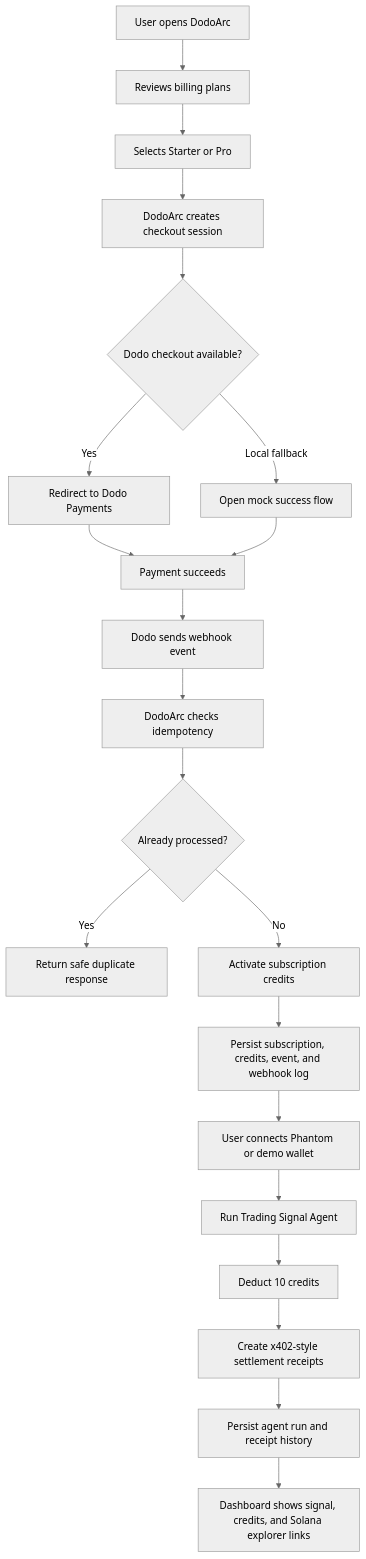
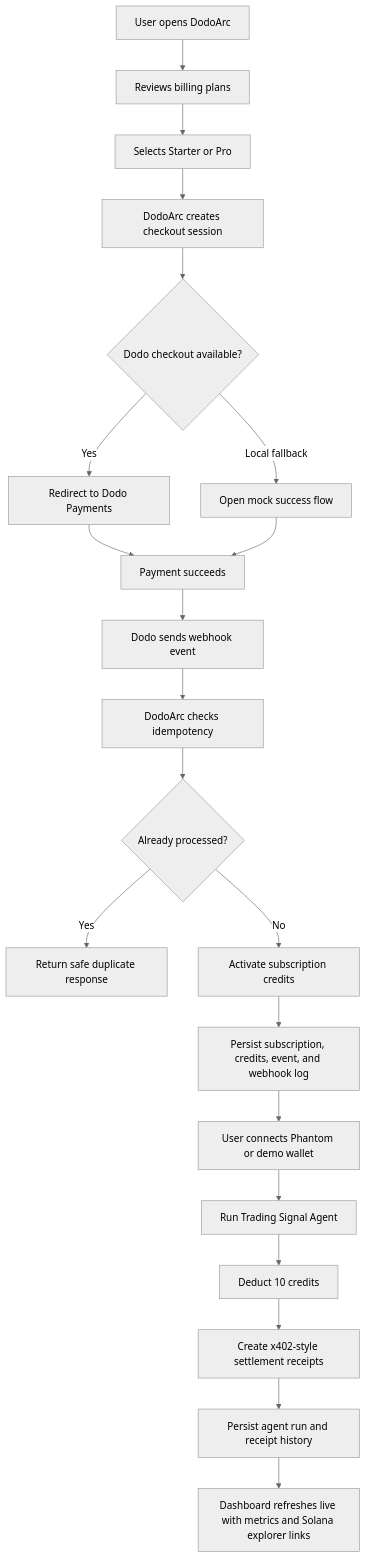
The second of 4 diagrams in README.md (ShivamSoni20/DodoArc), drawn with Mermaid (neutral theme) before and after one commit. The commit also changed other lines of this file, not shown here.

````diff
--- a/README.md
+++ b/README.md
@@ -124,23 +148,23 @@
 ```mermaid
 flowchart TD
     A["User opens DodoArc"] --> B["Reviews billing plans"]
     B --> C["Selects Starter or Pro"]
     C --> D["DodoArc creates checkout session"]
     D --> E{"Dodo checkout available?"}
     E -->|Yes| F["Redirect to Dodo Payments"]
     E -->|Local fallback| G["Open mock success flow"]
     F --> H["Payment succeeds"]
     G --> H
     H --> I["Dodo sends webhook event"]
     I --> J["DodoArc checks idempotency"]
     J --> K{"Already processed?"}
     K -->|Yes| L["Return safe duplicate response"]
     K -->|No| M["Activate subscription credits"]
     M --> N["Persist subscription, credits, event, and webhook log"]
     N --> O["User connects Phantom or demo wallet"]
     O --> P["Run Trading Signal Agent"]
     P --> Q["Deduct 10 credits"]
     Q --> R["Create x402-style settlement receipts"]
     R --> S["Persist agent run and receipt history"]
-    S --> T["Dashboard shows signal, credits, and Solana explorer links"]
+    S --> T["Dashboard refreshes live with metrics and Solana explorer links"]
 ```
````
